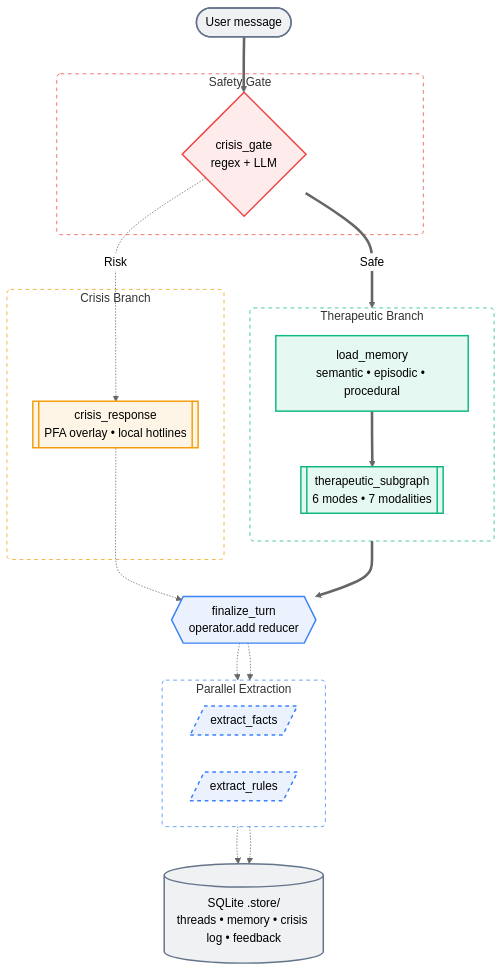
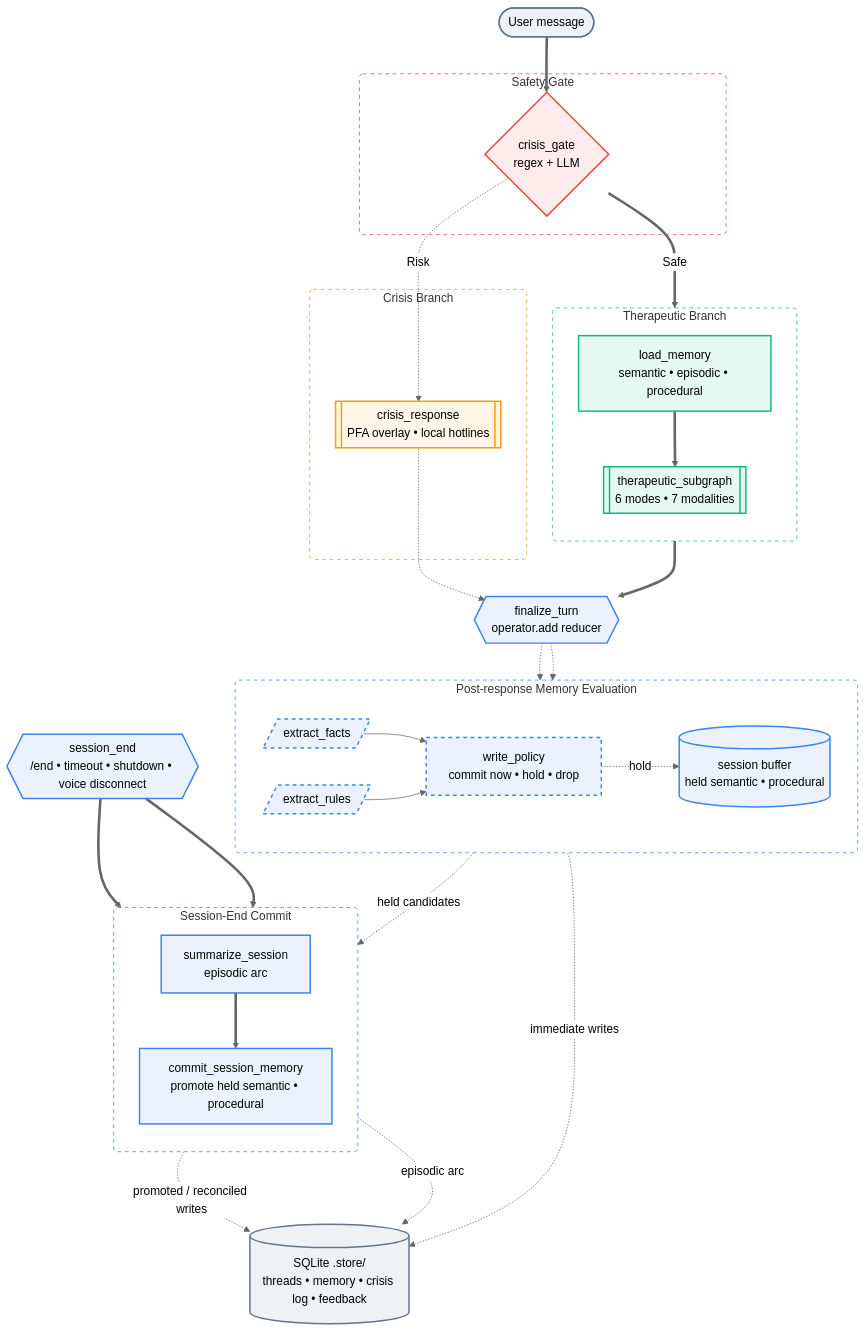
The diagram in README.md (whanyu1212/OpenCouch), drawn with Mermaid (neutral theme) before and after one commit. The commit also changed other lines of this file and 109 other files, not shown here.

````diff
--- a/README.md
+++ b/README.md
@@ -144,53 +151,74 @@
 ```mermaid
 flowchart TD
     %% Define Node Styles (Tinted for Light/Dark Mode)
     classDef inputNode fill:#64748B1A,stroke:#64748B,stroke-width:2px
     classDef gateNode fill:#EF44441A,stroke:#EF4444,stroke-width:2px
     classDef safeNode fill:#10B9811A,stroke:#10B981,stroke-width:2px
     classDef riskNode fill:#F59E0B1A,stroke:#F59E0B,stroke-width:2px
     classDef sysNode fill:#3B82F61A,stroke:#3B82F6,stroke-width:2px
     classDef bgTask fill:#3B82F61A,stroke:#3B82F6,stroke-width:2px,stroke-dasharray: 5 5
     classDef dbNode fill:#64748B1A,stroke:#64748B,stroke-width:2px
 
     IN(["User message"]):::inputNode
 
     subgraph GATE ["Safety Gate"]
         CG{"crisis_gate<br/>regex + LLM"}:::gateNode
     end
 
     subgraph SAFE ["Therapeutic Branch"]
         direction TB
         LM["load_memory<br/>semantic • episodic • procedural"]:::safeNode
         TS[["therapeutic_subgraph<br/>6 modes • 7 modalities"]]:::safeNode
         LM ==> TS
     end
 
     subgraph RISK ["Crisis Branch"]
         CR[["crisis_response<br/>PFA overlay • local hotlines"]]:::riskNode
     end
 
     FT{{"finalize_turn<br/>operator.add reducer"}}:::sysNode
 
-    subgraph EXTRACT ["Parallel Extraction"]
+    subgraph POST ["Post-response Memory Evaluation"]
         direction LR
         EF[/"extract_facts"/]:::bgTask
         EP[/"extract_rules"/]:::bgTask
+        PW["write_policy<br/>commit now • hold • drop"]:::bgTask
+        SB[("session buffer<br/>held semantic • procedural")]:::sysNode
+        EF --> PW
+        EP --> PW
+        PW -.->|hold| SB
+    end
+
+    SE{{"session_end<br/>/end • timeout • shutdown • voice disconnect"}}:::sysNode
+
+    subgraph SESSION ["Session-End Commit"]
+        direction TB
+        SS["summarize_session<br/>episodic arc"]:::sysNode
+        CM["commit_session_memory<br/>promote held semantic • procedural"]:::sysNode
+        SS ==> CM
     end
 
     DB[("SQLite .store/<br/>threads • memory • crisis log • feedback")]:::dbNode
 
     %% Logic Flows
     IN ==> CG
     CG ==>|Safe| LM
     CG -.->|Risk| CR
     TS ==> FT
     CR -.-> FT
-    FT -.-> EF & EP
-    EF & EP -.-> DB
+    FT -.-> EF
+    FT -.-> EP
+    PW -.->|immediate writes| DB
+    SB -.->|held candidates| CM
+    SE ==> SS
+    SE ==> CM
+    CM -.->|promoted / reconciled writes| DB
+    SS -.->|episodic arc| DB
 
     %% Subgraph Styling (Removes default gray background)
     style GATE fill:none,stroke:#EF4444,stroke-width:1px,stroke-dasharray: 5 5,rx:5,ry:5
     style SAFE fill:none,stroke:#10B981,stroke-width:1px,stroke-dasharray: 5 5,rx:5,ry:5
     style RISK fill:none,stroke:#F59E0B,stroke-width:1px,stroke-dasharray: 5 5,rx:5,ry:5
-    style EXTRACT fill:none,stroke:#3B82F6,stroke-width:1px,stroke-dasharray: 5 5,rx:5,ry:5
+    style POST fill:none,stroke:#3B82F6,stroke-width:1px,stroke-dasharray: 5 5,rx:5,ry:5
+    style SESSION fill:none,stroke:#3B82F6,stroke-width:1px,stroke-dasharray: 5 5,rx:5,ry:5
 ```
````
